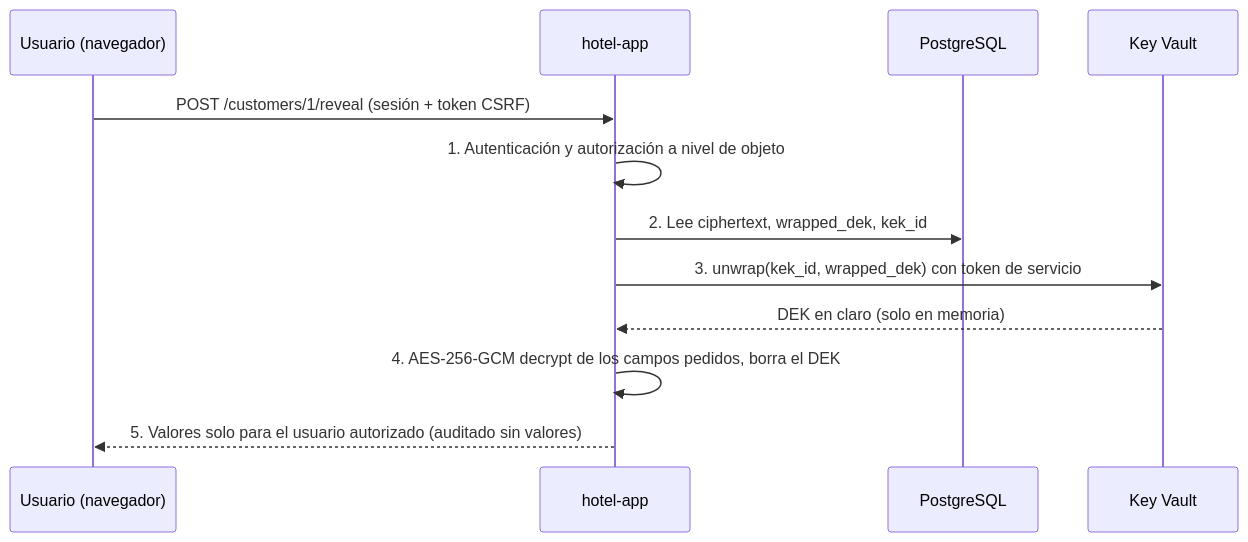
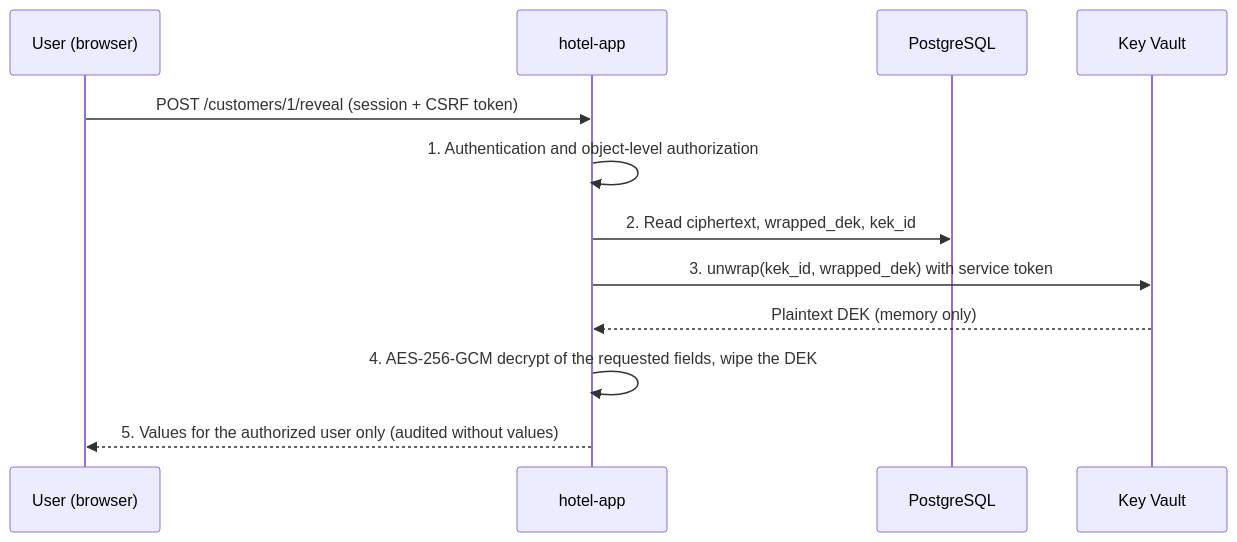
The second of 4 diagrams in README.md (lccjavo/cetys-unit4-disaster-recovery-lab), drawn with Mermaid before and after one commit. The commit also changed other lines of this file and 95 other files, not shown here.

````diff
--- a/README.md
+++ b/README.md
@@ -107,14 +107,14 @@
 ```mermaid
 sequenceDiagram
-  participant U as Usuario (navegador)
+  participant U as User (browser)
   participant H as hotel-app
   participant P as PostgreSQL
   participant K as Key Vault
-  U->>H: POST /customers/1/reveal (sesión + token CSRF)
-  H->>H: 1. Autenticación y autorización a nivel de objeto
-  H->>P: 2. Lee ciphertext, wrapped_dek, kek_id
-  H->>K: 3. unwrap(kek_id, wrapped_dek) con token de servicio
-  K-->>H: DEK en claro (solo en memoria)
-  H->>H: 4. AES-256-GCM decrypt de los campos pedidos, borra el DEK
-  H-->>U: 5. Valores solo para el usuario autorizado (auditado sin valores)
+  U->>H: POST /customers/1/reveal (session + CSRF token)
+  H->>H: 1. Authentication and object-level authorization
+  H->>P: 2. Read ciphertext, wrapped_dek, kek_id
+  H->>K: 3. unwrap(kek_id, wrapped_dek) with service token
+  K-->>H: Plaintext DEK (memory only)
+  H->>H: 4. AES-256-GCM decrypt of the requested fields, wipe the DEK
+  H-->>U: 5. Values for the authorized user only (audited without values)
 ```
````
